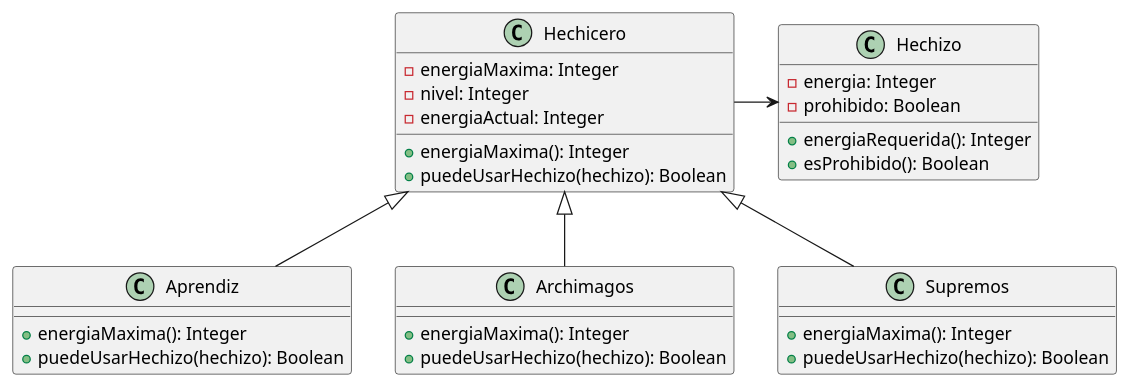
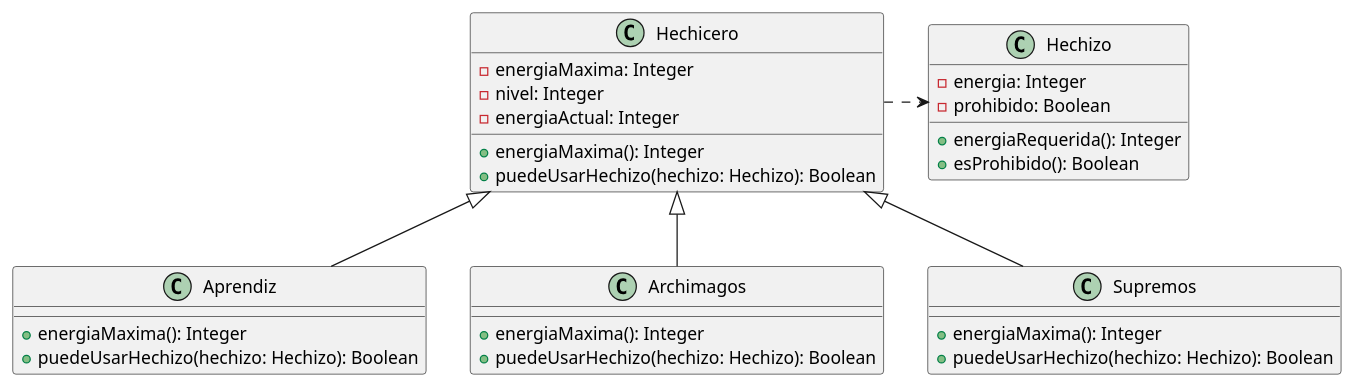
One commit to pdep-mit/objetos-2026-practica-hechiceros changed the diagram in diagramas/herencia.plantuml. Above: the diagram before and after it, drawn with PlantUML. The commit also changed 8 other files, not shown here.

```diff
--- a/diagramas/herencia.plantuml
+++ b/diagramas/herencia.plantuml
@@ -1,34 +1,34 @@
 @startuml
 class Hechicero{
     - energiaMaxima: Integer
     - nivel: Integer
     - energiaActual: Integer
 
     + energiaMaxima(): Integer
-    + puedeUsarHechizo(hechizo): Boolean
+    + puedeUsarHechizo(hechizo: Hechizo): Boolean
 }
 
 class Aprendiz extends Hechicero{
   + energiaMaxima(): Integer
-  + puedeUsarHechizo(hechizo): Boolean
+  + puedeUsarHechizo(hechizo: Hechizo): Boolean
 }
 
 class Archimagos extends Hechicero{
   + energiaMaxima(): Integer
-  + puedeUsarHechizo(hechizo): Boolean
+  + puedeUsarHechizo(hechizo: Hechizo): Boolean
 }
 
 class Supremos extends Hechicero{
   + energiaMaxima(): Integer
-  + puedeUsarHechizo(hechizo): Boolean
+  + puedeUsarHechizo(hechizo: Hechizo): Boolean
 }
 
 class Hechizo{
     -energia: Integer
     -prohibido: Boolean
     + energiaRequerida(): Integer
     + esProhibido(): Boolean
 }
 
-Hechicero -> Hechizo
+Hechicero .> Hechizo
 @enduml
```
